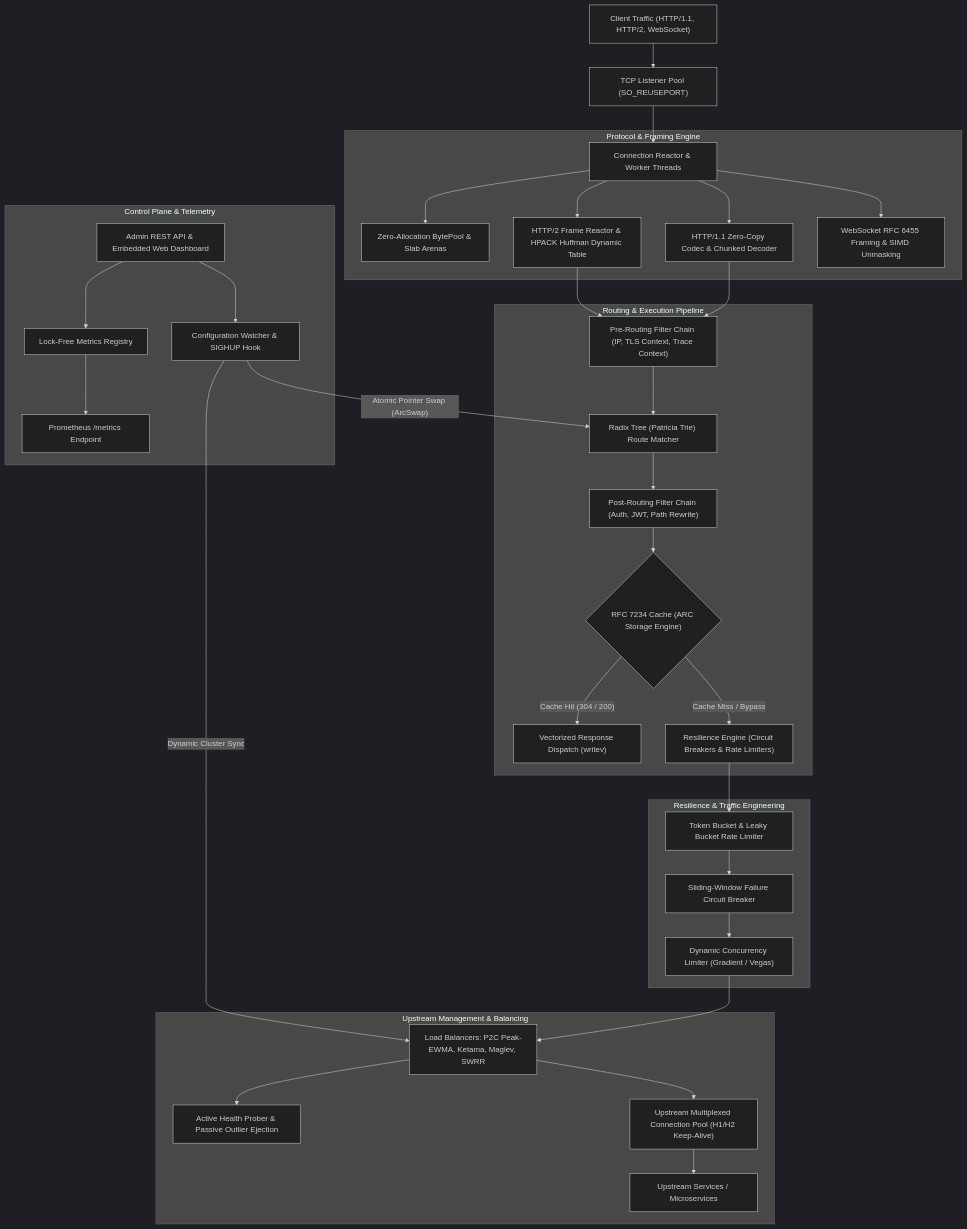
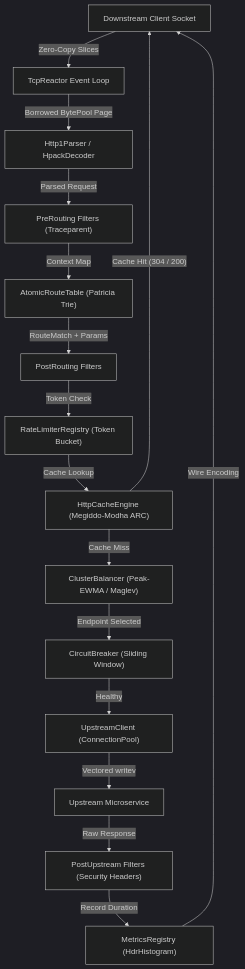
The diagram in README.md (Aneesh495/torque), drawn with Mermaid (dark theme) before and after one commit. The commit also changed other lines of this file and 6 other files, not shown here.

Commit message:
docs: add architecture monographs, protocol specs, benchmark analyses, and README

````diff
--- a/README.md
+++ b/README.md
@@ -46,43 +14,18 @@
 ```mermaid
 flowchart TD
-    Client["Client Traffic (HTTP/1.1, HTTP/2, WebSocket)"] --> Listener["TCP Listener Pool (SO_REUSEPORT)"]
-    Listener --> Reactor["Connection Reactor & Worker Threads"]
-    
-    subgraph Protocol_Layer ["Protocol & Framing Engine"]
-        Reactor --> BufferPool["Zero-Allocation BytePool & Slab Arenas"]
-        Reactor --> H1Engine["HTTP/1.1 Zero-Copy Codec & Chunked Decoder"]
-        Reactor --> H2Engine["HTTP/2 Frame Reactor & HPACK Huffman Dynamic Table"]
-        Reactor --> WSEngine["WebSocket RFC 6455 Framing & SIMD Unmasking"]
-    end
-
-    subgraph Routing_Pipeline ["Routing & Execution Pipeline"]
-        H1Engine --> PreFilter["Pre-Routing Filter Chain (IP, TLS Context, Trace Context)"]
-        H2Engine --> PreFilter
-        PreFilter --> RadixRouter["Radix Tree (Patricia Trie) Route Matcher"]
-        RadixRouter --> PostFilter["Post-Routing Filter Chain (Auth, JWT, Path Rewrite)"]
-        PostFilter --> CacheDecision{"RFC 7234 Cache (ARC Storage Engine)"}
-        CacheDecision -->|"Cache Hit (304 / 200)"| VectorWriter["Vectorized Response Dispatch (writev)"]
-        CacheDecision -->|"Cache Miss / Bypass"| ResilienceGate["Resilience Engine (Circuit Breakers & Rate Limiters)"]
-    end
-
-    subgraph Resilience_Layer ["Resilience & Traffic Engineering"]
-        ResilienceGate --> RateLimiter["Token Bucket & Leaky Bucket Rate Limiter"]
-        RateLimiter --> CircuitBreaker["Sliding-Window Failure Circuit Breaker"]
-        CircuitBreaker --> ConcurrencyLimiter["Dynamic Concurrency Limiter (Gradient / Vegas)"]
-    end
-
-    subgraph Upstream_Layer ["Upstream Management & Balancing"]
-        ConcurrencyLimiter --> LoadBalancer["Load Balancers: P2C Peak-EWMA, Ketama, Maglev, SWRR"]
-        LoadBalancer --> HealthChecker["Active Health Prober & Passive Outlier Ejection"]
-        LoadBalancer --> ConnPool["Upstream Multiplexed Connection Pool (H1/H2 Keep-Alive)"]
-        ConnPool --> UpstreamNodes["Upstream Services / Microservices"]
-    end
-
-    subgraph Control_Layer ["Control Plane & Telemetry"]
-        ConfigWatcher["Configuration Watcher & SIGHUP Hook"] -->|"Atomic Pointer Swap (ArcSwap)"| RadixRouter
-        ConfigWatcher -->|"Dynamic Cluster Sync"| LoadBalancer
-        MetricsRegistry["Lock-Free Metrics Registry"] --> PrometheusExporter["Prometheus /metrics Endpoint"]
-        AdminServer["Admin REST API & Embedded Web Dashboard"] --> ConfigWatcher
-        AdminServer --> MetricsRegistry
-    end
+    Client["Downstream Client Socket"] -->|"Zero-Copy Slices"| Reactor["TcpReactor Event Loop"]
+    Reactor -->|"Borrowed BytePool Page"| Parser["Http1Parser / HpackDecoder"]
+    Parser -->|"Parsed Request"| PreFilter["PreRouting Filters (Traceparent)"]
+    PreFilter -->|"Context Map"| Router["AtomicRouteTable (Patricia Trie)"]
+    Router -->|"RouteMatch + Params"| PostFilter["PostRouting Filters"]
+    PostFilter -->|"Token Check"| RateLimiter["RateLimiterRegistry (Token Bucket)"]
+    RateLimiter -->|"Cache Lookup"| CacheEngine["HttpCacheEngine (Megiddo-Modha ARC)"]
+    CacheEngine -->|"Cache Hit (304 / 200)"| Client
+    CacheEngine -->|"Cache Miss"| Balancer["ClusterBalancer (Peak-EWMA / Maglev)"]
+    Balancer -->|"Endpoint Selected"| Breaker["CircuitBreaker (Sliding Window)"]
+    Breaker -->|"Healthy"| Upstream["UpstreamClient (ConnectionPool)"]
+    Upstream -->|"Vectored writev"| Microservice["Upstream Microservice"]
+    Microservice -->|"Raw Response"| PostUpstream["PostUpstream Filters (Security Headers)"]
+    PostUpstream -->|"Record Duration"| Telemetry["MetricsRegistry (HdrHistogram)"]
+    Telemetry -->|"Wire Encoding"| Client
 ```
````
